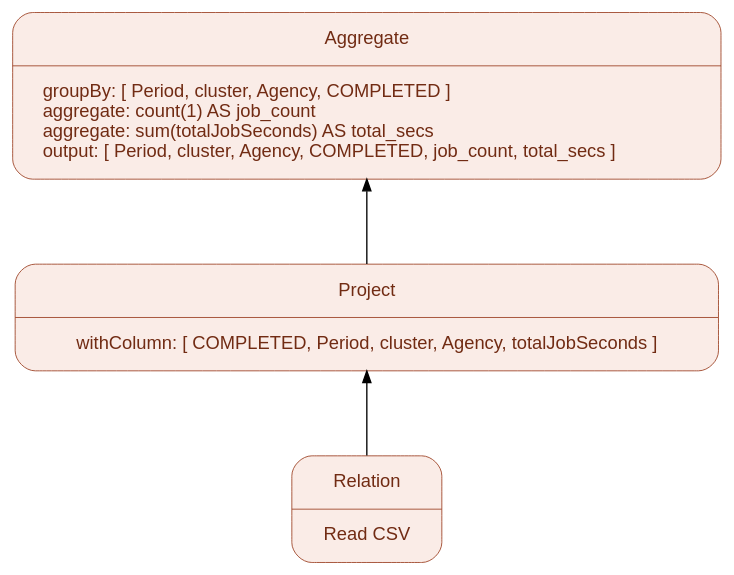
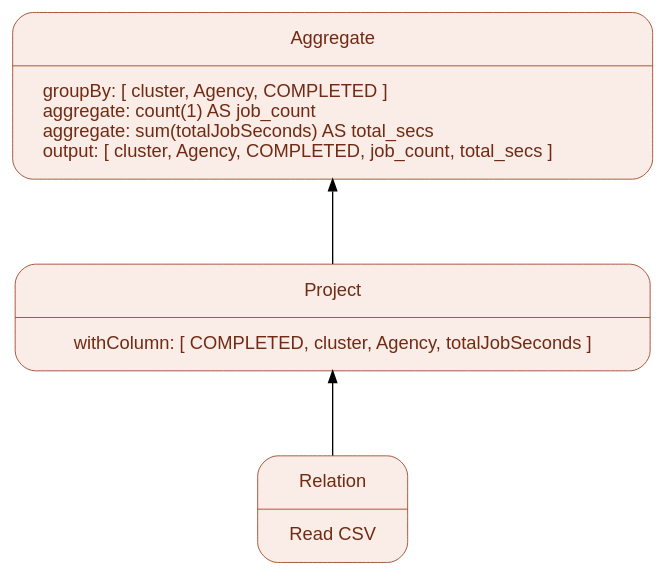
One commit to voidbert/ADED changed the diagram in TP1/report/res/plans/multipass/1_month.dot. Above: the diagram before and after it, drawn with Graphviz. The commit also changed 1 other file, not shown here.

```diff
--- a/TP1/report/res/plans/multipass/1_month.dot
+++ b/TP1/report/res/plans/multipass/1_month.dot
@@ -1,53 +1,53 @@
 digraph SparkLogicalPlanMultipassOneMonth {
 
     // === Global configuration ===
 
     graph [
         rankdir  = BT,
         ranksep  = 0.7,
         splines  = true,
         sep      = "+0.2",
         fontname = "Helvetica",
         bgcolor  = "transparent"
     ];
 
     node [
         fontname  = "Helvetica",
         fontsize  = 11,
         shape     = record,
         style     = "filled,rounded",
         penwidth  = 0.5,
         margin    = "0.25,0.14",
         fillcolor = "#FAECE7",
         color     = "#993C1D",
         fontcolor = "#712B13"
     ];
 
     edge [
         fontname  = "Helvetica",
         fontsize  = 10,
         color     = "black",
         arrowsize = 0.7,
         penwidth  = 0.8
     ];
 
 
     // === Nodes ===
 
     relation [label = "{Relation | Read CSV\n}"];
     project  [label = "{Project  |
-                        withColumn: [ COMPLETED, Period, cluster, Agency, totalJobSeconds ]\n}"];
+                        withColumn: [ COMPLETED, cluster, Agency, totalJobSeconds ]\n}"];
 
     aggregate [
         label = "{Aggregate |
-                  groupBy:    [ Period, cluster, Agency, COMPLETED ]\l
+                  groupBy:    [ cluster, Agency, COMPLETED ]\l
                   aggregate:  count(1) AS job_count\l
                   aggregate:  sum(totalJobSeconds) AS total_secs\l
-                  output:     [ Period, cluster, Agency, COMPLETED, job_count, total_secs ]\l}"
+                  output:     [ cluster, Agency, COMPLETED, job_count, total_secs ]\l}"
     ];
 
     // === Edges ===
 
     relation -> project
     project  -> aggregate
 }
```
